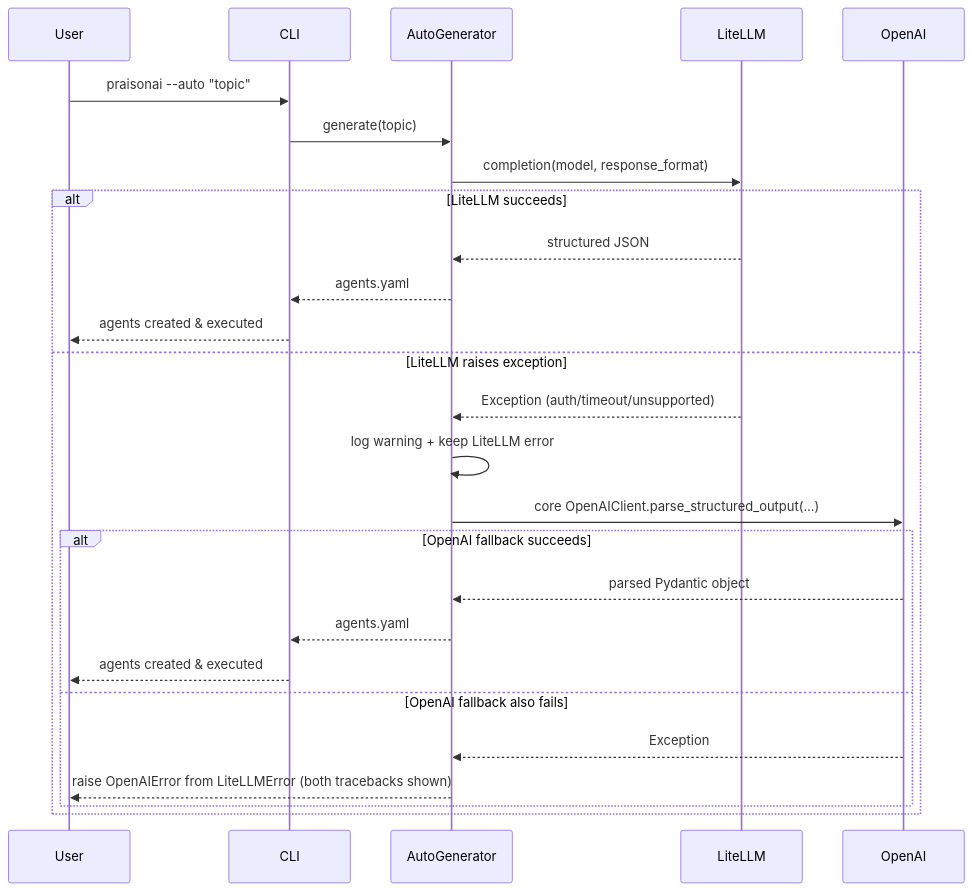
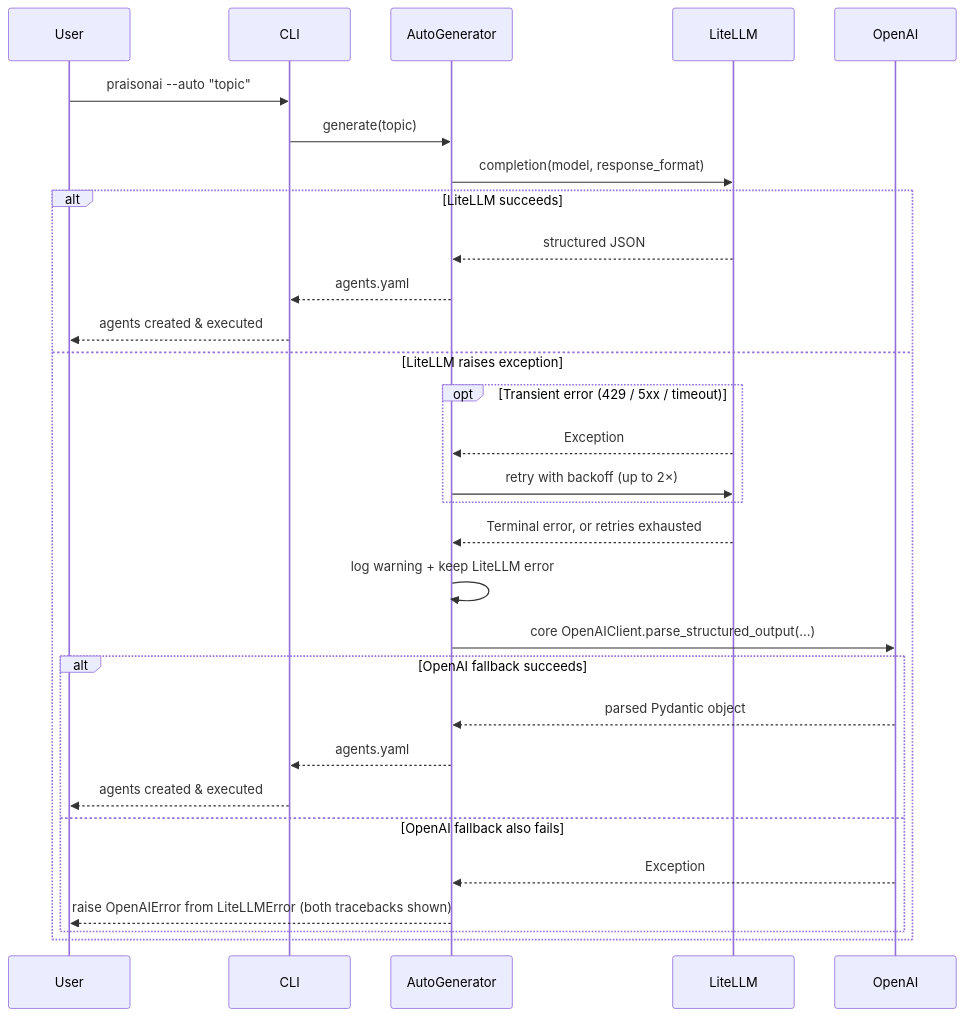
Before and after one commit to MervinPraison/PraisonAIDocs: the third of 5 diagrams in docs/features/auto-generator-providers.mdx, drawn with Mermaid. The commit also changed other lines of this file and 3 other files, not shown here.

Commit message:
docs: document LiteLLM transient-error retries in praisonai --auto (fixes #4591)

````diff
--- a/docs/features/auto-generator-providers.mdx
+++ b/docs/features/auto-generator-providers.mdx
@@ -211,29 +214,33 @@
 ```mermaid
 sequenceDiagram
     participant User
     participant CLI
     participant AutoGenerator
     participant LiteLLM
     participant OpenAI
 
     User->>CLI: praisonai --auto "topic"
     CLI->>AutoGenerator: generate(topic)
     AutoGenerator->>LiteLLM: completion(model, response_format)
     alt LiteLLM succeeds
         LiteLLM-->>AutoGenerator: structured JSON
         AutoGenerator-->>CLI: agents.yaml
         CLI-->>User: agents created & executed
     else LiteLLM raises exception
-        LiteLLM-->>AutoGenerator: Exception (auth/timeout/unsupported)
+        opt Transient error (429 / 5xx / timeout)
+            LiteLLM-->>AutoGenerator: Exception
+            AutoGenerator->>LiteLLM: retry with backoff (up to 2×)
+        end
+        LiteLLM-->>AutoGenerator: Terminal error, or retries exhausted
         AutoGenerator->>AutoGenerator: log warning + keep LiteLLM error
         AutoGenerator->>OpenAI: core OpenAIClient.parse_structured_output(...)
         alt OpenAI fallback succeeds
             OpenAI-->>AutoGenerator: parsed Pydantic object
             AutoGenerator-->>CLI: agents.yaml
             CLI-->>User: agents created & executed
         else OpenAI fallback also fails
             OpenAI-->>AutoGenerator: Exception
             AutoGenerator-->>User: raise OpenAIError from LiteLLMError (both tracebacks shown)
         end
     end
 ```
````
